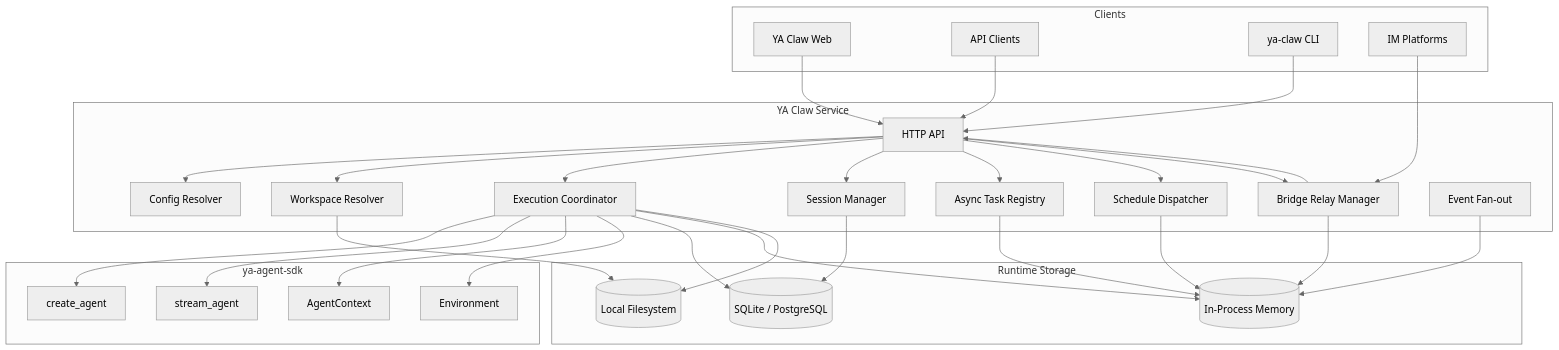
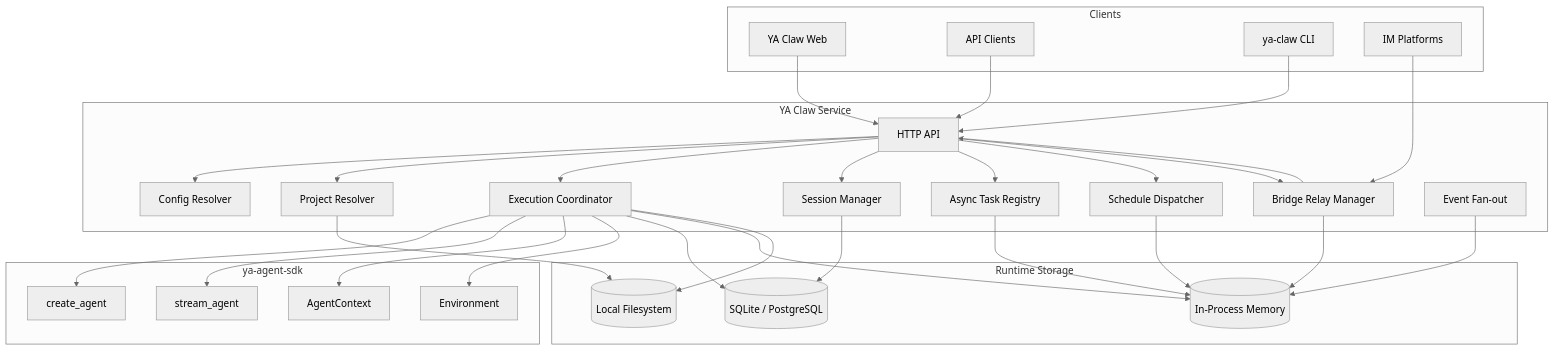
One commit to Wh1isper/ya-mono changed the diagram in packages/ya-claw/spec/00-overview.md. Above: the diagram before and after it, drawn with Mermaid (neutral theme). The commit also changed other lines of this file and 28 other files, not shown here.

````diff
--- a/packages/ya-claw/spec/00-overview.md
+++ b/packages/ya-claw/spec/00-overview.md
@@ -39,63 +43,63 @@
 ```mermaid
 flowchart TB
     subgraph Clients
         WEB[YA Claw Web]
         API_CLIENT[API Clients]
         CLI[ya-claw CLI]
         IM[IM Platforms]
     end
 
     subgraph Runtime[YA Claw Service]
         API[HTTP API]
         CFG[Config Resolver]
-        WSP[Workspace Resolver]
+        PROJ[Project Resolver]
         EXEC[Execution Coordinator]
         SESS[Session Manager]
         TASKS[Async Task Registry]
         SCHED[Schedule Dispatcher]
         BRIDGE[Bridge Relay Manager]
         EVT[Event Fan-out]
     end
 
     subgraph SDK[ya-agent-sdk]
         AGENT[create_agent]
         STREAM[stream_agent]
         CTX[AgentContext]
         ENV[Environment]
     end
 
     subgraph Storage[Runtime Storage]
         SQL[(SQLite / PostgreSQL)]
         MEM[(In-Process Memory)]
         FS[(Local Filesystem)]
     end
 
     WEB --> API
     API_CLIENT --> API
     CLI --> API
     IM --> BRIDGE
     BRIDGE --> API
 
     API --> CFG
-    API --> WSP
+    API --> PROJ
     API --> EXEC
     API --> SESS
     API --> TASKS
     API --> SCHED
     API --> BRIDGE
 
     EXEC --> AGENT
     EXEC --> STREAM
     EXEC --> CTX
     EXEC --> ENV
 
     EXEC --> SQL
     EXEC --> MEM
     EXEC --> FS
     SESS --> SQL
     TASKS --> MEM
     SCHED --> MEM
     BRIDGE --> MEM
     EVT --> MEM
-    WSP --> FS
+    PROJ --> FS
 ```
````
